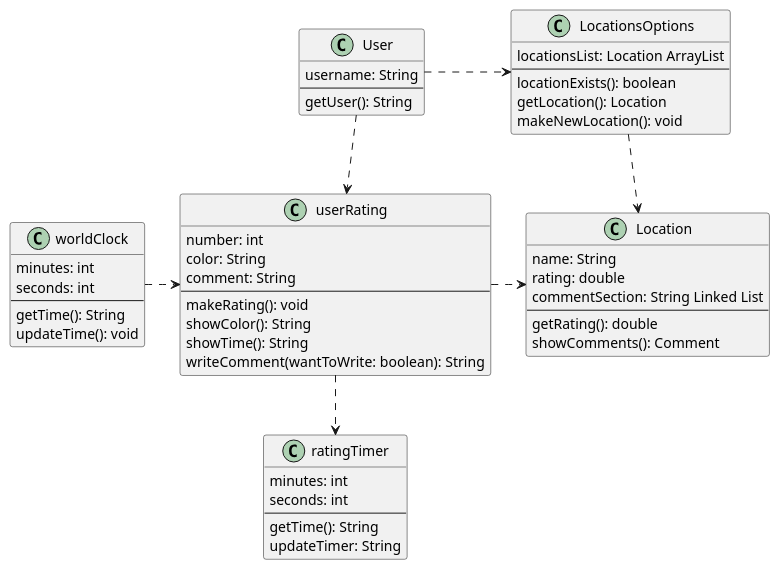
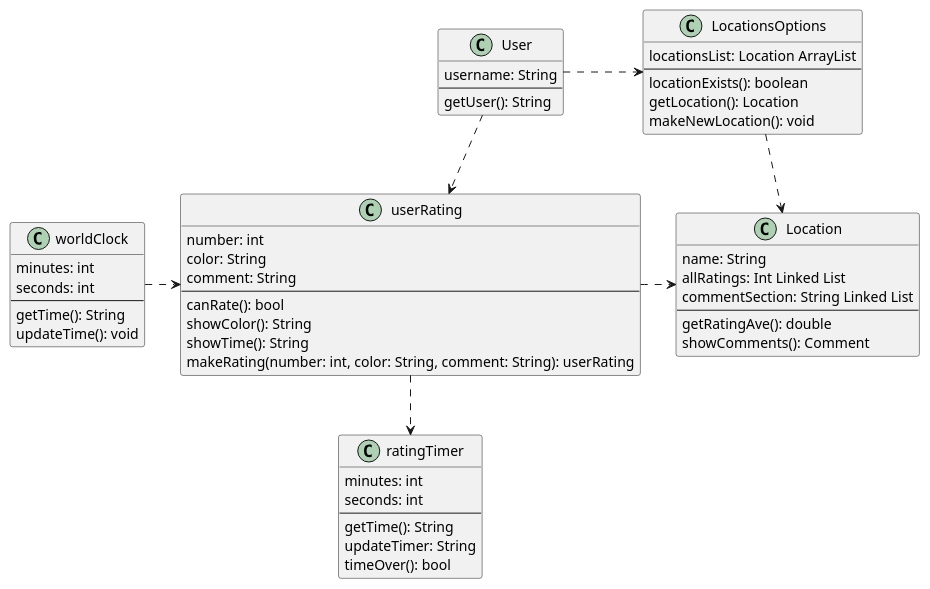
One commit to manoushpajouh/Vassar-Crowdmeter changed the second of 3 diagrams in intellij/documentation/design.md. Above: the diagram before and after it, drawn with PlantUML. The commit also changed other lines of this file, not shown here.

Commit message:
report busyness sequence diagram

````diff
--- a/intellij/documentation/design.md
+++ b/intellij/documentation/design.md
@@ -57,63 +56,64 @@
 ```plantuml
 @startuml
 
 class User{
 username: String
 --
 getUser(): String
 }
 
 class userRating{
 number: int
 color: String
 comment: String
 --
-makeRating(): void
+canRate(): bool
 showColor(): String 
 showTime(): String
-writeComment(wantToWrite: boolean): String
+makeRating(number: int, color: String, comment: String): userRating
 }
 
 class LocationsOptions{
 locationsList: Location ArrayList 
 --
 locationExists(): boolean
 getLocation(): Location
 makeNewLocation(): void
 }
 
 class Location {
 name: String
-rating: double
+allRatings: Int Linked List 
 commentSection: String Linked List 
 --
-getRating(): double
+getRatingAve(): double
 showComments(): Comment
 }
 
 class ratingTimer{
 minutes: int
 seconds: int
 --
 getTime(): String 
 updateTimer: String
+timeOver(): bool
 }
 
 class worldClock{
 minutes: int
 seconds: int
 --
 getTime(): String
 updateTime(): void
 }
 
 
 User .down.> userRating
 User .> LocationsOptions
 userRating .right.> Location
 LocationsOptions .down.> Location
 userRating .down.> ratingTimer
 worldClock .right.> userRating
 
 @enduml
 ```
````
